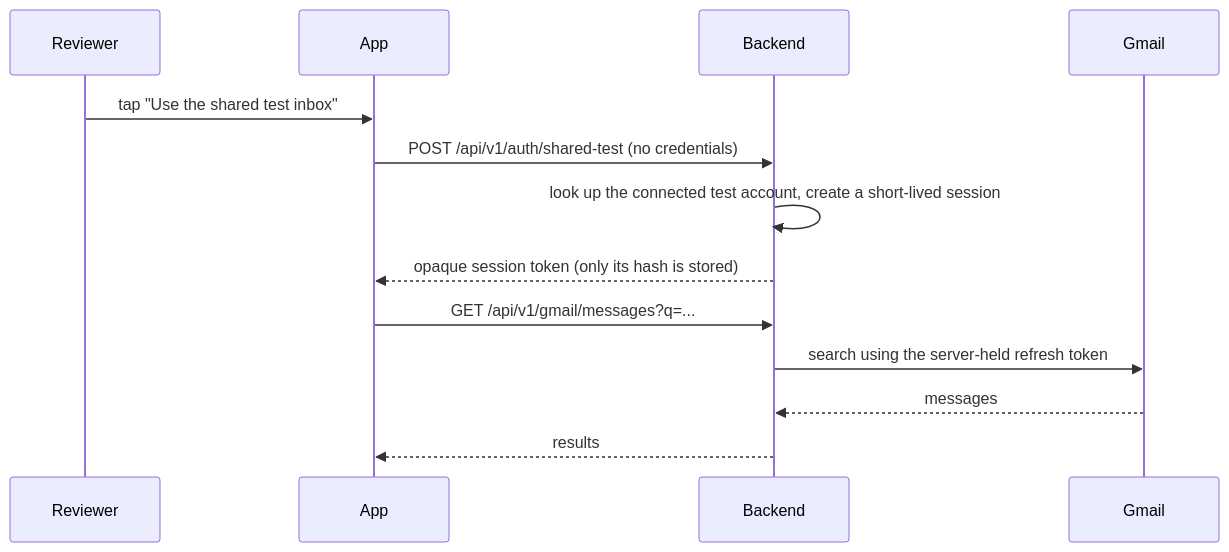
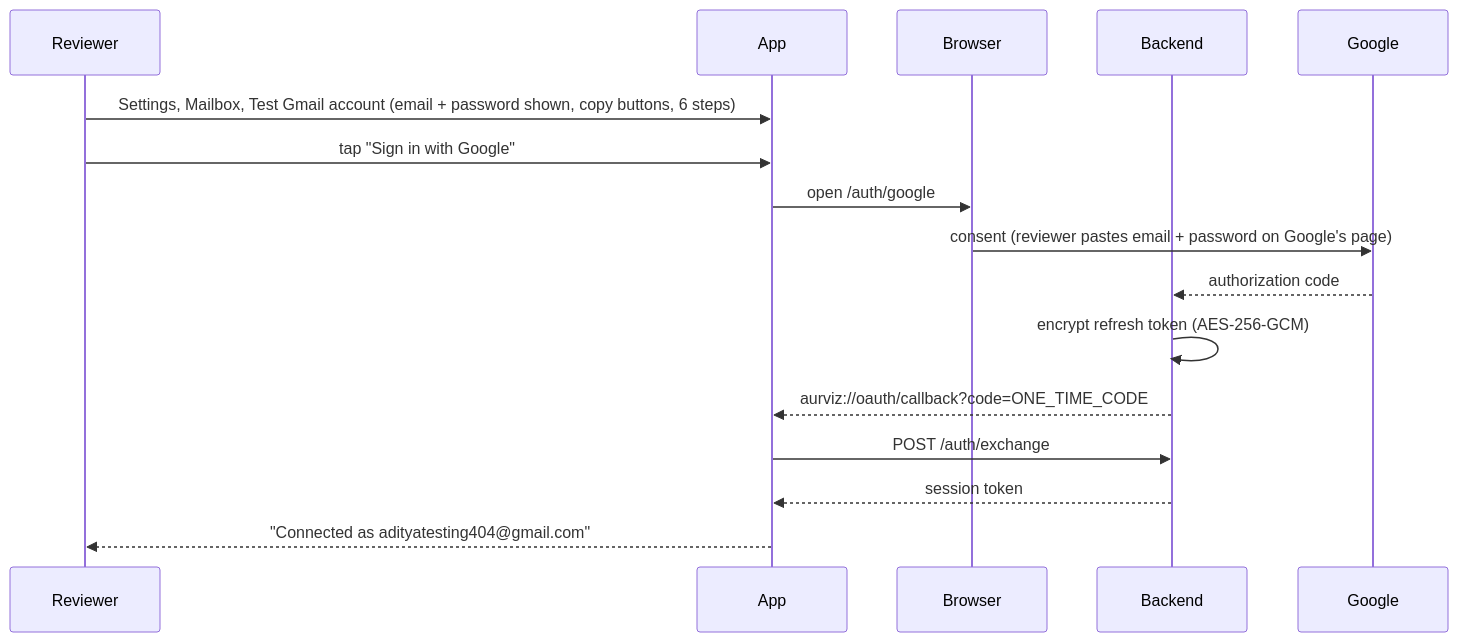
The sixth of 7 diagrams in docs/ARCHITECTURE.md (AdityaKushwaha404/Aurviz_agent), drawn with Mermaid before and after one commit. The commit also changed other lines of this file and 37 other files, not shown here.

First line of the commit message:
feat: test Gmail account with credentials and sign-in steps in the app; mailbox order test/own/demo; demo-only viewer

````diff
--- a/docs/ARCHITECTURE.md
+++ b/docs/ARCHITECTURE.md
@@ -171,15 +171,18 @@
 ```mermaid
 sequenceDiagram
     participant R as Reviewer
     participant App
+    participant Chrome as Browser
     participant Backend
-    participant Gmail
-    R->>App: tap "Use the shared test inbox"
-    App->>Backend: POST /api/v1/auth/shared-test (no credentials)
-    Backend->>Backend: look up the connected test account, create a short-lived session
-    Backend-->>App: opaque session token (only its hash is stored)
-    App->>Backend: GET /api/v1/gmail/messages?q=...
-    Backend->>Gmail: search using the server-held refresh token
-    Gmail-->>Backend: messages
-    Backend-->>App: results
+    participant Google
+    R->>App: Settings, Mailbox, Test Gmail account (email + password shown, copy buttons, 6 steps)
+    R->>App: tap "Sign in with Google"
+    App->>Chrome: open /auth/google
+    Chrome->>Google: consent (reviewer pastes email + password on Google's page)
+    Google-->>Backend: authorization code
+    Backend->>Backend: encrypt refresh token (AES-256-GCM)
+    Backend-->>App: aurviz://oauth/callback?code=ONE_TIME_CODE
+    App->>Backend: POST /auth/exchange
+    Backend-->>App: session token
+    App-->>R: "Connected as adityatesting404@gmail.com"
 ```
````
